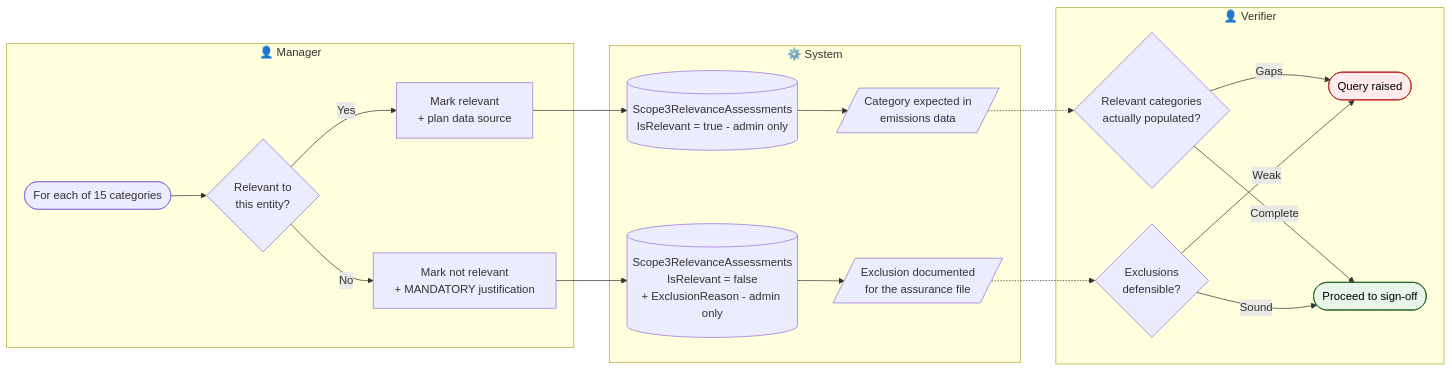
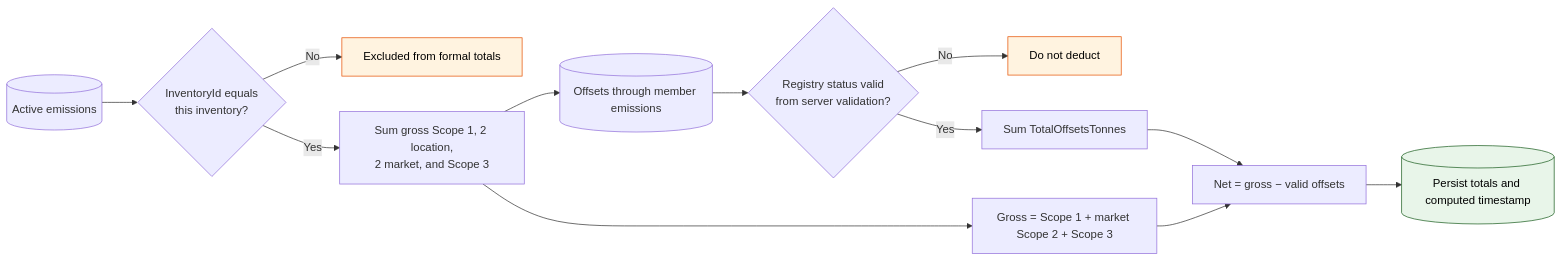
The second of 5 diagrams in docs/diagrams/bpmn/03-inventory-verification.md (Software-Lifecycle-Consultants/SusDevOS-Pro), drawn with Mermaid before and after one commit. The commit also changed other lines of this file and 13 other files, not shown here.

First line of the commit message:
docs: update stories and diagrams for the inventory lifecycle

````diff
--- a/docs/diagrams/bpmn/03-inventory-verification.md
+++ b/docs/diagrams/bpmn/03-inventory-verification.md
@@ -83,27 +95,18 @@
 ```mermaid
 flowchart LR
-    subgraph A1["👤 Manager"]
-        A([For each of 15 categories]) --> B{"Relevant to<br/>this entity?"}
-        B -->|"Yes"| C[Mark relevant<br/>+ plan data source]
-        B -->|"No"| D[Mark not relevant<br/>+ MANDATORY justification]
-    end
+    A[(Active emissions)] --> B{"InventoryId equals<br/>this inventory?"}
+    B -->|"No"| C[Excluded from formal totals]
+    B -->|"Yes"| D[Sum gross Scope 1, 2 location,<br/>2 market, and Scope 3]
+    D --> E[(Offsets through member emissions)]
+    E --> F{"Registry status valid<br/>from server validation?"}
+    F -->|"No"| G[Do not deduct]
+    F -->|"Yes"| H[Sum TotalOffsetsTonnes]
+    D --> I[Gross = Scope 1 + market Scope 2 + Scope 3]
+    H --> J[Net = gross − valid offsets]
+    I --> J
+    J --> K[(Persist totals and computed timestamp)]
 
-    subgraph A2["⚙️ System"]
-        C --> E[("Scope3RelevanceAssessments<br/>IsRelevant = true - admin only")]
-        D --> F[("Scope3RelevanceAssessments<br/>IsRelevant = false<br/>+ ExclusionReason - admin only")]
-        E --> G[/"Category expected in<br/>emissions data"/]
-        F --> H[/"Exclusion documented<br/>for the assurance file"/]
-    end
-
-    subgraph A3["👤 Verifier"]
-        G -.-> I{"Relevant categories<br/>actually populated?"}
-        H -.-> J{"Exclusions<br/>defensible?"}
-        I -->|"Gaps"| K([Query raised])
-        J -->|"Weak"| K
-        I -->|"Complete"| L([Proceed to sign-off])
-        J -->|"Sound"| L
-    end
-
-    style K fill:#ffebee,stroke:#b71c1c,color:#000
-    style L fill:#e8f5e9,stroke:#1b5e20,color:#000
+    style C fill:#fff3e0,stroke:#e65100,color:#000
+    style G fill:#fff3e0,stroke:#e65100,color:#000
+    style K fill:#e8f5e9,stroke:#1b5e20,color:#000
 ```
````
